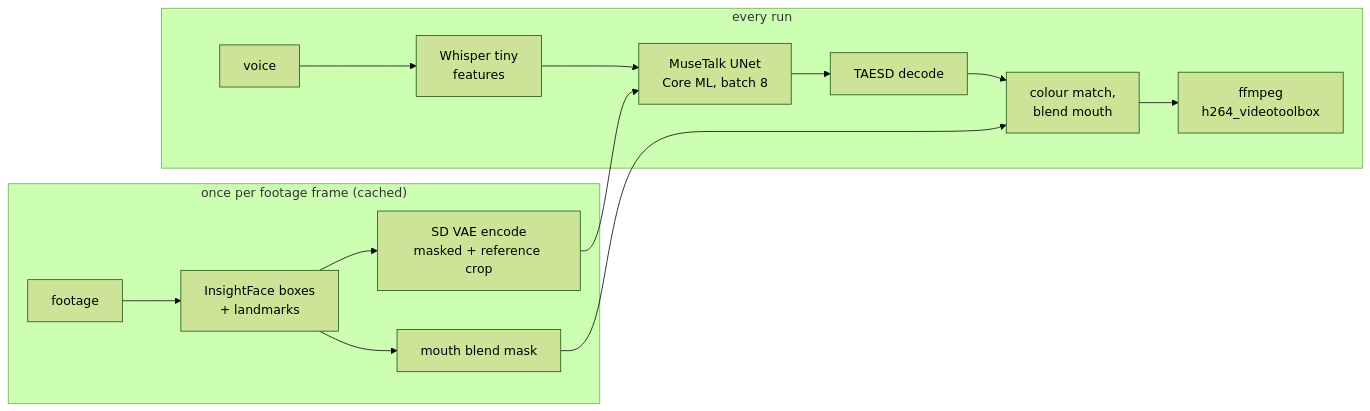
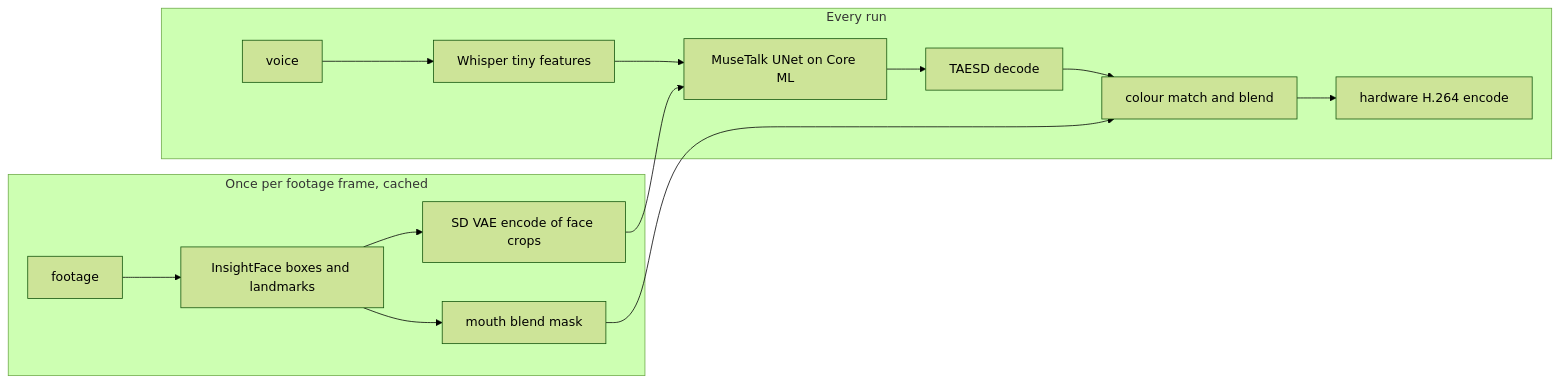
One commit to Lulzx/fast-lipsync changed the diagram in README.md. Above: the diagram before and after it, drawn with Mermaid (forest theme).

Commit message:
Simplify README pipeline diagram so GitHub renders it

````diff
--- a/README.md
+++ b/README.md
@@ -88,12 +88,27 @@
 ```mermaid
 flowchart LR
-    subgraph once["once per footage frame (cached)"]
-        F[footage] --> D[InsightFace boxes<br/>+ landmarks] --> E[SD VAE encode<br/>masked + reference crop]
-        D --> M[mouth blend mask]
+    subgraph cached["Once per footage frame, cached"]
+        F["footage"]
+        D["InsightFace boxes and landmarks"]
+        E["SD VAE encode of face crops"]
+        M["mouth blend mask"]
     end
-    subgraph run["every run"]
-        A[voice] --> W[Whisper tiny<br/>features] --> U[MuseTalk UNet<br/>Core ML, batch 8]
-        E --> U --> T[TAESD decode] --> B[colour match,<br/>blend mouth] --> X[ffmpeg<br/>h264_videotoolbox]
-        M --> B
+    subgraph perrun["Every run"]
+        A["voice"]
+        W["Whisper tiny features"]
+        U["MuseTalk UNet on Core ML"]
+        T["TAESD decode"]
+        B["colour match and blend"]
+        X["hardware H.264 encode"]
     end
+    F --> D
+    D --> E
+    D --> M
+    A --> W
+    W --> U
+    E --> U
+    U --> T
+    T --> B
+    M --> B
+    B --> X
 ```
````
